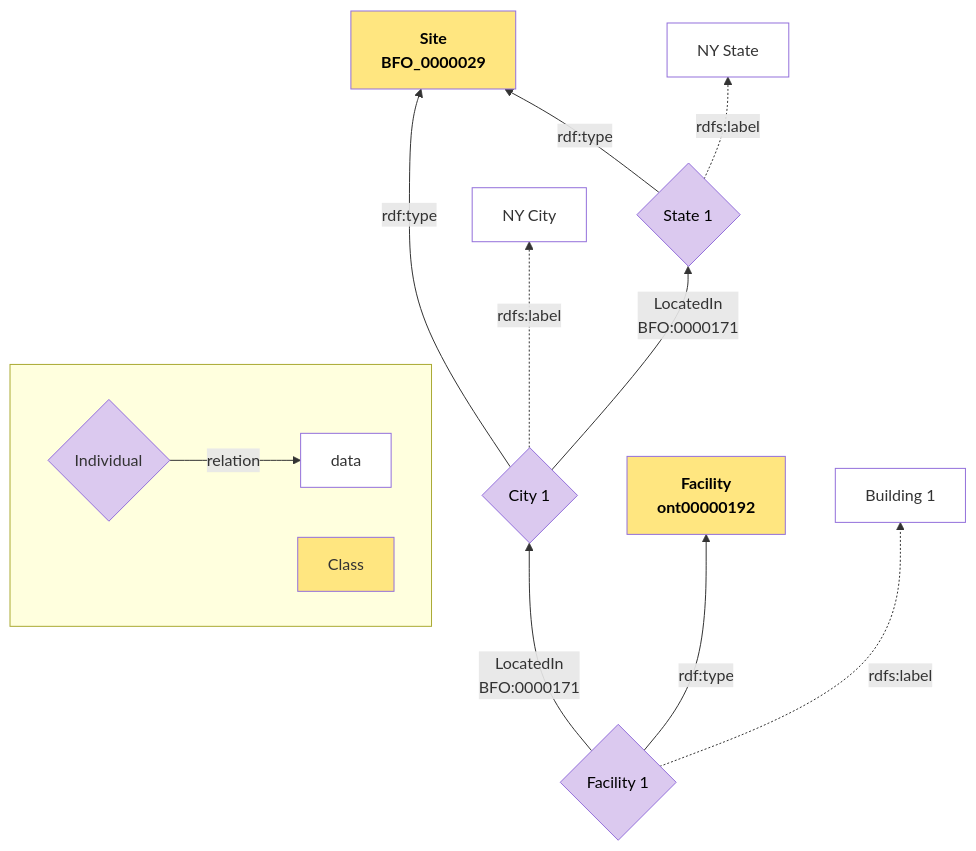
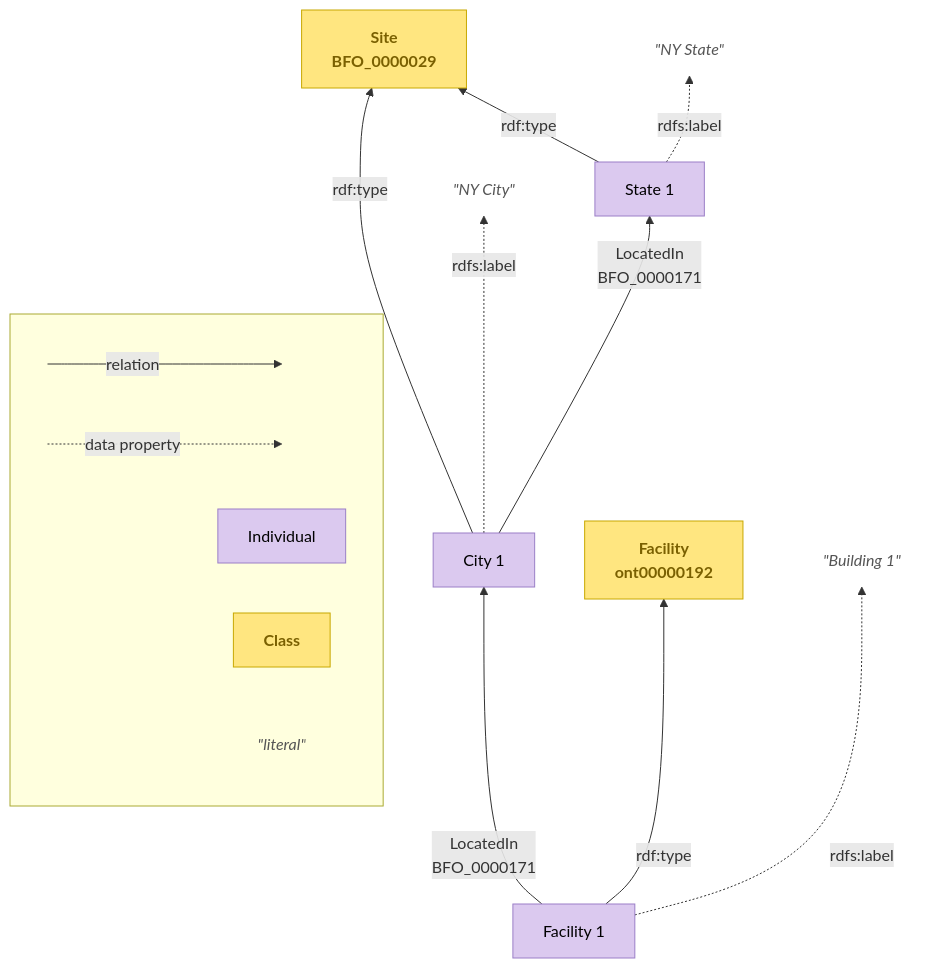
One commit to CommonCoreOntology/CommonCoreOntologies changed the diagram in documentation/user-guides/design-patterns/Design Pattern 1/facility location/README.md. Above: the diagram before and after it, drawn with Mermaid. The commit also changed 2 other files, not shown here.

Commit message:
changed png and mermaid

````diff
--- a/documentation/user-guides/design-patterns/Design Pattern 1/facility location/README.md
+++ b/documentation/user-guides/design-patterns/Design Pattern 1/facility location/README.md
@@ -23,44 +23,51 @@
 ```mermaid
 flowchart BT
-    A@{ label: "<font color=\"#000000\">Facility 1</font>" } -- LocatedIn<br>BFO:0000171 --> B@{ label: "<font color=\"#000000\">City 1</font>" }
-    B -- LocatedIn<br>BFO:0000171 --> C@{ label: "<font color=\"#000000\">State 1</font>" }
+    A@{ label: "<font color=\"#000000\">Facility 1</font>" } -- LocatedIn<br>BFO_0000171 --> B@{ label: "<font color=\"#000000\">City 1</font>" }
+    B -- LocatedIn<br>BFO_0000171 --> C@{ label: "<font color=\"#000000\">State 1</font>" }
     A -- rdf:type --> D@{ label: "<span style=\"color:black\"><b>Facility<br>ont00000192</b></span><br>" }
     B -- rdf:type --> E@{ label: "<span style=\"color:black\"><b>Site<br>BFO_0000029</b></span><br>" }
     C -- rdf:type --> E
-    A -. rdfs:label .-> F["Building 1"]
-    B -. rdfs:label .-> G["NY City"]
-    C -. rdfs:label .-> H["NY State"]
+    A -. rdfs:label .-> F["<i>&quot;Building 1&quot;</i>"]
+    B -. rdfs:label .-> G["<i>&quot;NY City&quot;</i>"]
+    C -. rdfs:label .-> H["<i>&quot;NY State&quot;</i>"]
 
     subgraph Legend[" "]
     direction LR
-    AA{Individual}
-    BB[Class]
-    CC[data]
-    AA --> |relation| CC
+    LL[ ] --> |relation| LL2[ ]
+    LD[ ] -.-> |data property| LD2[ ]
+        AA["Individual"]
+    BB["<b>Class</b>"]
+    CC["<i>&quot;literal&quot;</i>"]
     end
 
     A ~~~ Legend
 
-    A@{ shape: diam}
-    B@{ shape: diam}
-    C@{ shape: diam}
+    A@{ shape: rect}
+    B@{ shape: rect}
+    C@{ shape: rect}
     D@{ shape: rect}
     E@{ shape: rect}
     F@{ shape: rect}
     G@{ shape: rect}
     H@{ shape: rect}
     A:::purple
     B:::purple
     C:::purple
     D:::yellow
     E:::yellow
-    F:::white
-    G:::white
-    H:::white
-    classDef yellow fill:#ffe680
-    classDef purple fill:#dbc9ef
-    classDef white fill:#FFFFFF
-    class BB yellow
-    class AA purple
-    class CC white
+    F:::literal
+    G:::literal
+    H:::literal
+    AA:::purple
+    BB:::yellow
+    CC:::literal
+    LL:::invisible
+    LL2:::invisible
+    LD:::invisible
+    LD2:::invisible
+    classDef yellow fill:#ffe680,color:#7a6000,stroke:#c8a800
+    classDef purple fill:#dbc9ef,color:#000000,stroke:#9b7fc7
+    classDef literal fill:none,stroke:none,color:#555555,font-style:italic
+    classDef invisible fill:none,stroke:none,color:none,width:0px
+    
 ```
````
